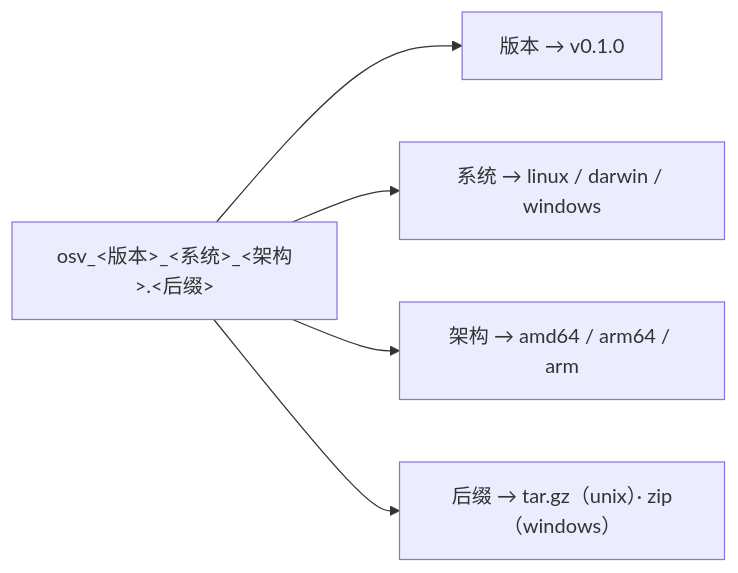
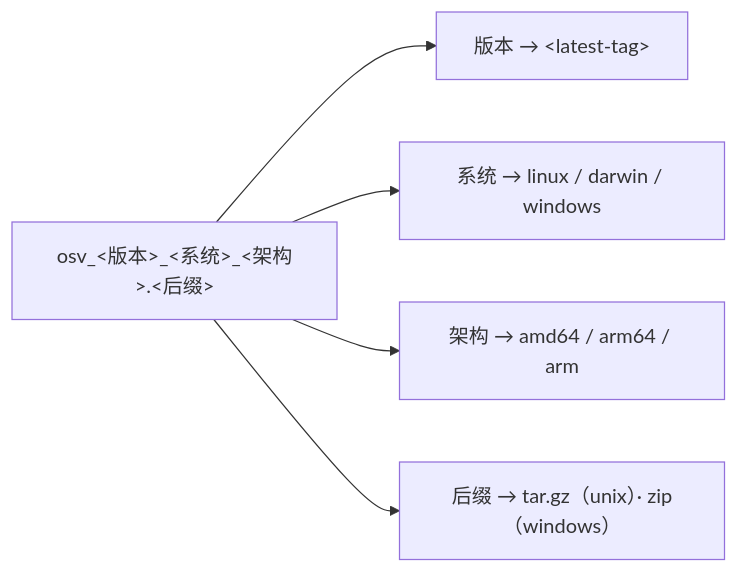
Before and after one commit to scagogogo/osv-schema-skills: the third of 4 diagrams in website/zh/guide/installation.md, drawn with Mermaid. The commit also changed other lines of this file and 5 other files, not shown here.

First line of the commit message:
docs: replace fictional v0.1.0 with <latest-tag> placeholder (EN+ZH)

````diff
--- a/website/zh/guide/installation.md
+++ b/website/zh/guide/installation.md
@@ -52,7 +52,7 @@
 ```mermaid
 flowchart LR
-  T["osv_&lt;版本&gt;_&lt;系统&gt;_&lt;架构&gt;.&lt;后缀&gt;"] --> V["版本 → v0.1.0"]
+  T["osv_&lt;版本&gt;_&lt;系统&gt;_&lt;架构&gt;.&lt;后缀&gt;"] --> V["版本 → &lt;latest-tag&gt;"]
   T --> O["系统 → linux / darwin / windows"]
   T --> A["架构 → amd64 / arm64 / arm"]
   T --> E["后缀 → tar.gz（unix）· zip（windows）"]
 ```
````
